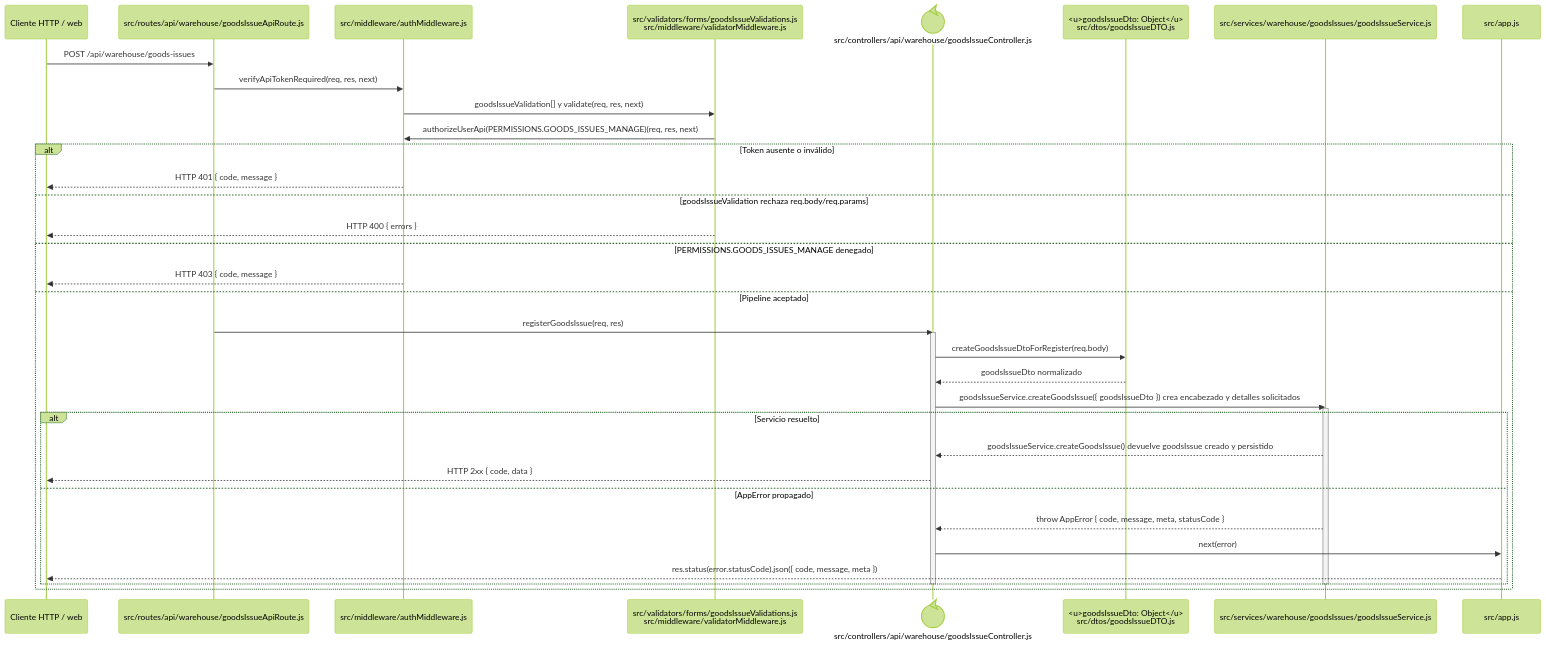
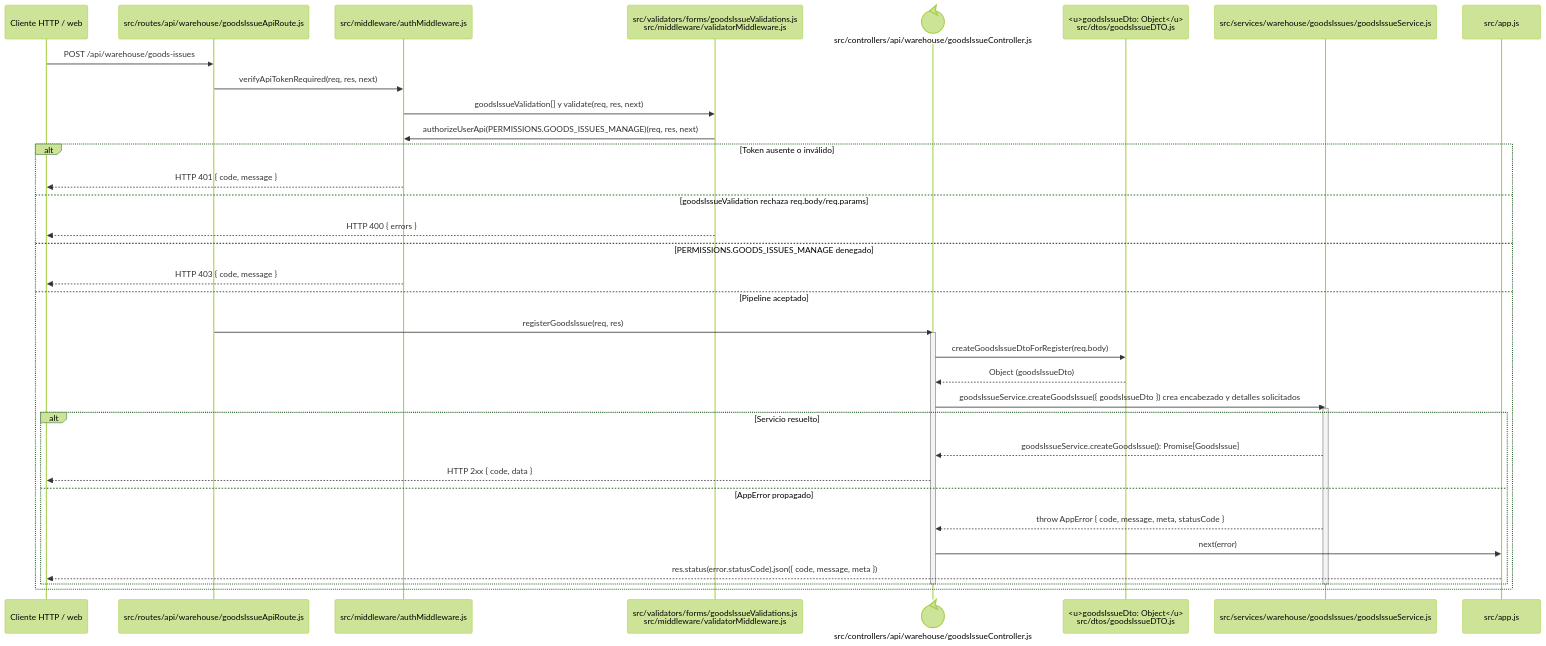
One commit to gpgsistemas01/nexus changed the diagram in docs/architecture/backend-code-sequences/issues/cu-sal-02.md. Above: the diagram before and after it, drawn with Mermaid (forest theme). The commit also changed 146 other files, not shown here.

````diff
--- a/docs/architecture/backend-code-sequences/issues/cu-sal-02.md
+++ b/docs/architecture/backend-code-sequences/issues/cu-sal-02.md
@@ -11,40 +11,40 @@
 ```mermaid
 sequenceDiagram
     participant Client as Cliente HTTP / web
     participant Route as src/routes/api/warehouse/goodsIssueApiRoute.js
     participant Auth as src/middleware/authMiddleware.js
     participant Validator as src/validators/forms/goodsIssueValidations.js<br/>src/middleware/validatorMiddleware.js
     participant Controller@{ "type": "control" } as src/controllers/api/warehouse/goodsIssueController.js
     participant IssueDto as <u>goodsIssueDto: Object</u><br/>src/dtos/goodsIssueDTO.js
     participant Domain as src/services/warehouse/goodsIssues/goodsIssueService.js
     participant ErrorHandler as src/app.js
 
     Client->>Route: POST /api/warehouse/goods-issues
     Route->>Auth: verifyApiTokenRequired(req, res, next)
     Auth->>Validator: goodsIssueValidation[] y validate(req, res, next)
     Validator->>Auth: authorizeUserApi(PERMISSIONS.GOODS_ISSUES_MANAGE)(req, res, next)
     alt Token ausente o inválido
         Auth-->>Client: HTTP 401 { code, message }
     else goodsIssueValidation rechaza req.body/req.params
         Validator-->>Client: HTTP 400 { errors }
     else PERMISSIONS.GOODS_ISSUES_MANAGE denegado
         Auth-->>Client: HTTP 403 { code, message }
     else Pipeline aceptado
         Route->>Controller: registerGoodsIssue(req, res)
         activate Controller
         Controller->>IssueDto: createGoodsIssueDtoForRegister(req.body)
-        IssueDto-->>Controller: goodsIssueDto normalizado
+        IssueDto-->>Controller: Object (goodsIssueDto)
         Controller->>Domain: goodsIssueService.createGoodsIssue({ goodsIssueDto }) crea encabezado y detalles solicitados
         activate Domain
         alt Servicio resuelto
-            Domain-->>Controller: goodsIssueService.createGoodsIssue() devuelve goodsIssue creado y persistido
+            Domain-->>Controller: goodsIssueService.createGoodsIssue(): Promise[GoodsIssue]
             Controller-->>Client: HTTP 2xx { code, data }
         else AppError propagado
             Domain-->>Controller: throw AppError { code, message, meta, statusCode }
             Controller->>ErrorHandler: next(error)
             ErrorHandler-->>Client: res.status(error.statusCode).json({ code, message, meta })
         end
         deactivate Domain
         deactivate Controller
     end
 ```
````
